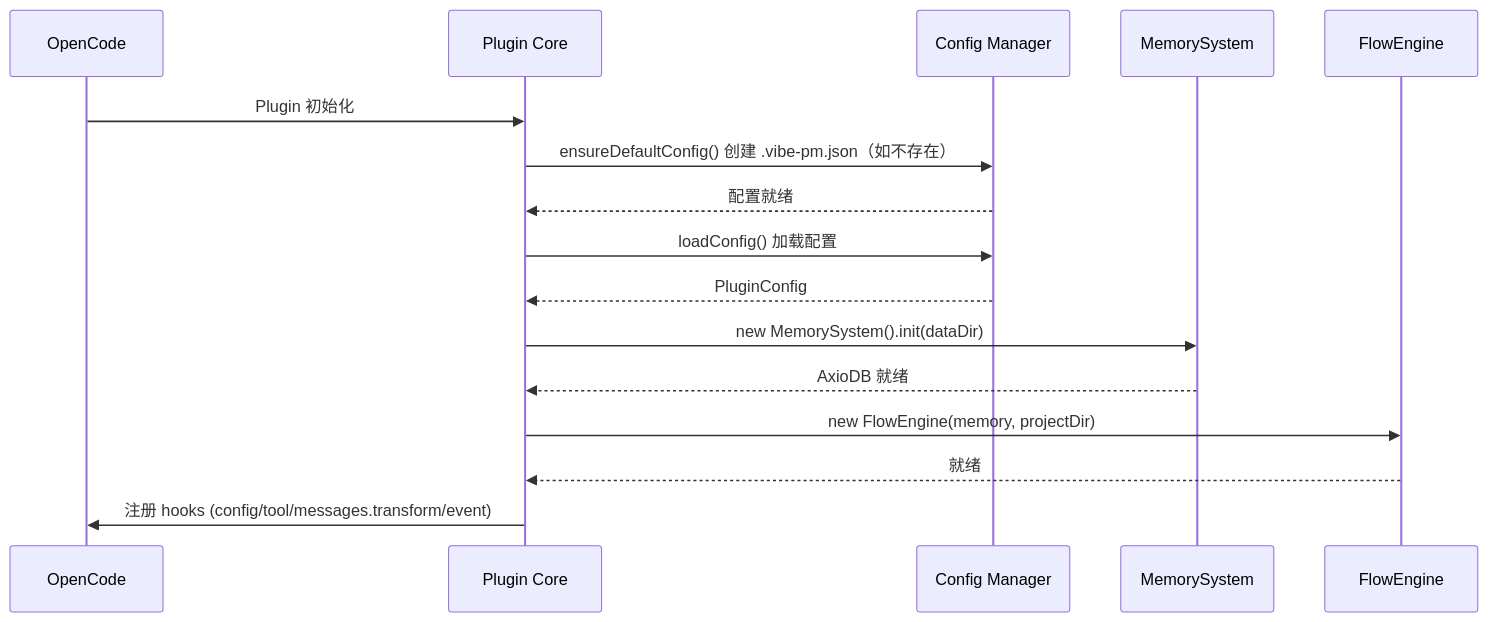
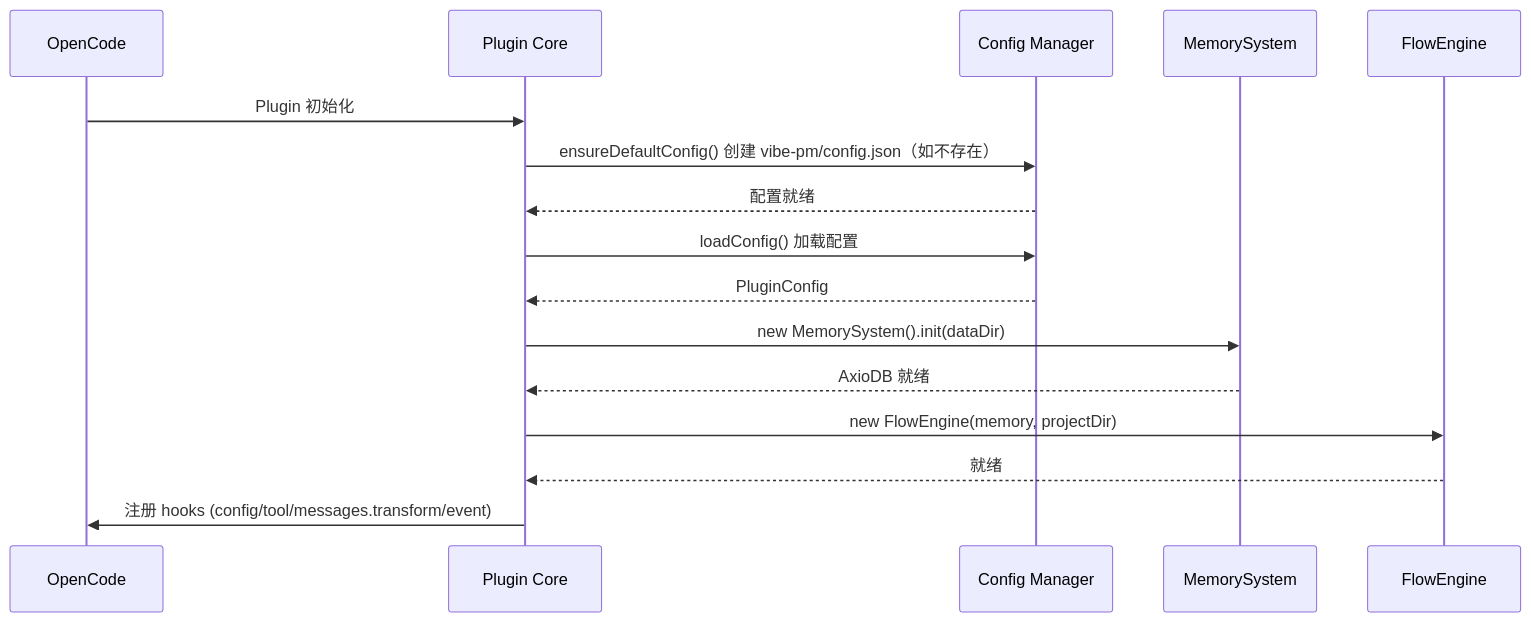
One commit to hank-cp/opencode-vibe-pm changed the first of 2 diagrams in docs/spec/vibe-pm-plugin-core.md. Above: the diagram before and after it, drawn with Mermaid. The commit also changed other lines of this file and 5 other files, not shown here.

First line of the commit message:
refactor: move project config from .vibe-pm.json to vibe-pm/config.json

````diff
--- a/docs/spec/vibe-pm-plugin-core.md
+++ b/docs/spec/vibe-pm-plugin-core.md
@@ -29,19 +29,19 @@
 ```mermaid
 sequenceDiagram
     participant OC as OpenCode
     participant PC as Plugin Core
     participant Config as Config Manager
     participant Mem as MemorySystem
     participant Engine as FlowEngine
 
     OC->>PC: Plugin 初始化
-    PC->>Config: ensureDefaultConfig() 创建 .vibe-pm.json（如不存在）
+    PC->>Config: ensureDefaultConfig() 创建 vibe-pm/config.json（如不存在）
     Config-->>PC: 配置就绪
     PC->>Config: loadConfig() 加载配置
     Config-->>PC: PluginConfig
     PC->>Mem: new MemorySystem().init(dataDir)
     Mem-->>PC: AxioDB 就绪
     PC->>Engine: new FlowEngine(memory, projectDir)
     Engine-->>PC: 就绪
     PC->>OC: 注册 hooks (config/tool/messages.transform/event)
 ```
````
